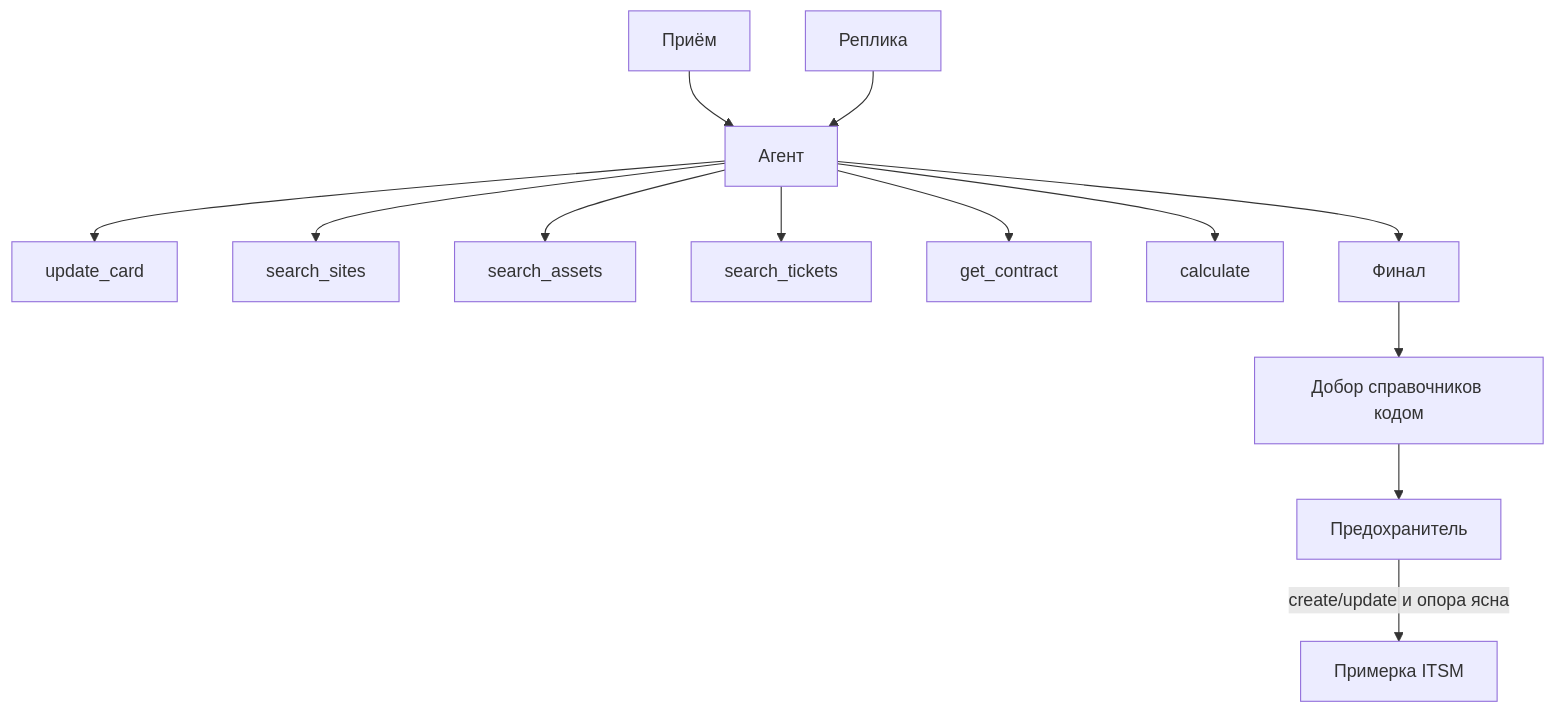
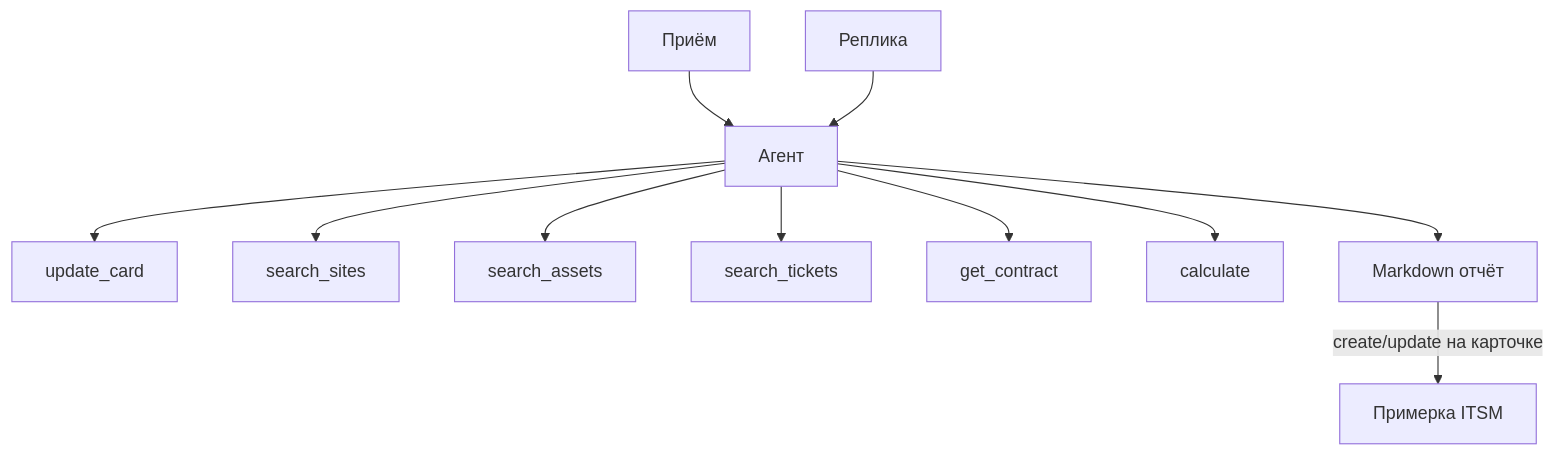
Before and after one commit to smirnoff-ai/jo-selectel-ai-solution-architect: the diagram in docs/concept/agent-harness.md, drawn with Mermaid. The commit also changed other lines of this file and 36 other files, not shown here.

Commit message:
feat(agent): model report stop, close sprint 08 (#8)

````diff
--- a/docs/concept/agent-harness.md
+++ b/docs/concept/agent-harness.md
@@ -26,15 +26,13 @@
 ```mermaid
 flowchart TB
   Intake[Приём] --> Agent[Агент]
   Reply[Реплика] --> Agent
   Agent --> Write[update_card]
   Agent --> Sites[search_sites]
   Agent --> Assets[search_assets]
   Agent --> Tickets[search_tickets]
   Agent --> Contract[get_contract]
   Agent --> Calc[calculate]
-  Agent --> Final[Финал]
-  Final --> Complete[Добор справочников кодом]
-  Complete --> Guard[Предохранитель]
-  Guard -->|create/update и опора ясна| Dry[Примерка ITSM]
+  Agent --> Report[Markdown отчёт]
+  Report -->|create/update на карточке| Dry[Примерка ITSM]
 ```
````
